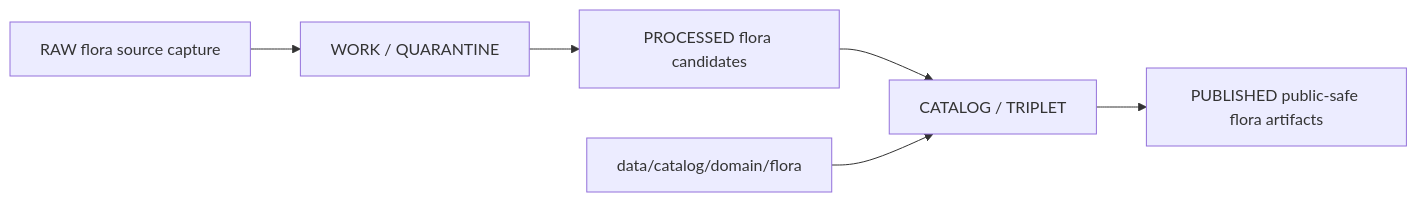
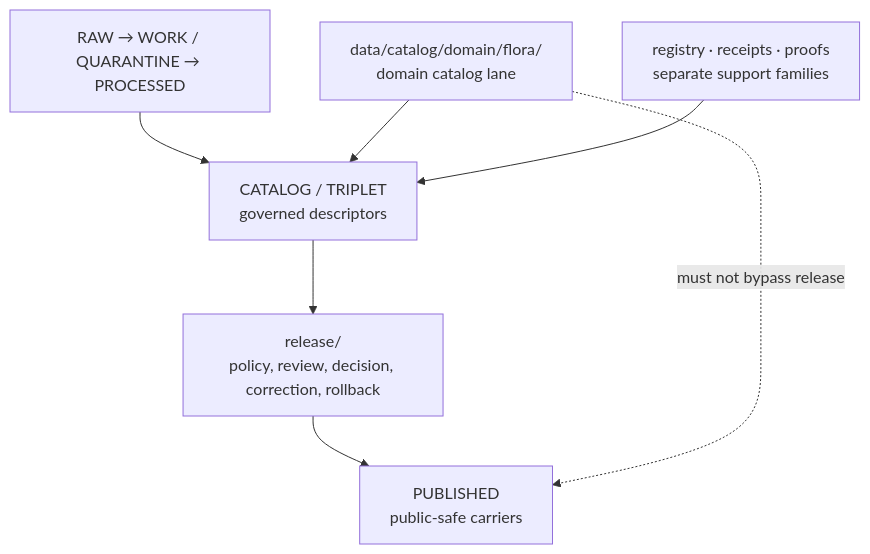
The diagram in data/catalog/domain/flora/README.md (bartytime4life/Kansas-Frontier-Matrix), drawn with Mermaid before and after one commit. The commit also changed other lines of this file, not shown here.

Commit message:
docs(flora): modernize domain catalog README

````diff
--- a/data/catalog/domain/flora/README.md
+++ b/data/catalog/domain/flora/README.md
@@ -69,8 +286,9 @@
 ```mermaid
-flowchart LR
-  RAW[RAW flora source capture] --> WORK[WORK / QUARANTINE]
-  WORK --> PROCESSED[PROCESSED flora candidates]
-  PROCESSED --> CATALOG[CATALOG / TRIPLET]
-  CATALOG --> PUBLISHED[PUBLISHED public-safe flora artifacts]
-  DOMAIN[data/catalog/domain/flora] --> CATALOG
+flowchart TD
+    PRE["RAW → WORK / QUARANTINE → PROCESSED"] --> CATALOG["CATALOG / TRIPLET<br/>governed descriptors"]
+    DOMAIN["data/catalog/domain/flora/<br/>domain catalog lane"] --> CATALOG
+    SUPPORT["registry · receipts · proofs<br/>separate support families"] --> CATALOG
+    CATALOG --> RELEASE["release/<br/>policy, review, decision, correction, rollback"]
+    RELEASE --> PUBLIC["PUBLISHED<br/>public-safe carriers"]
+    DOMAIN -. "must not bypass release" .-> PUBLIC
 ```
````
